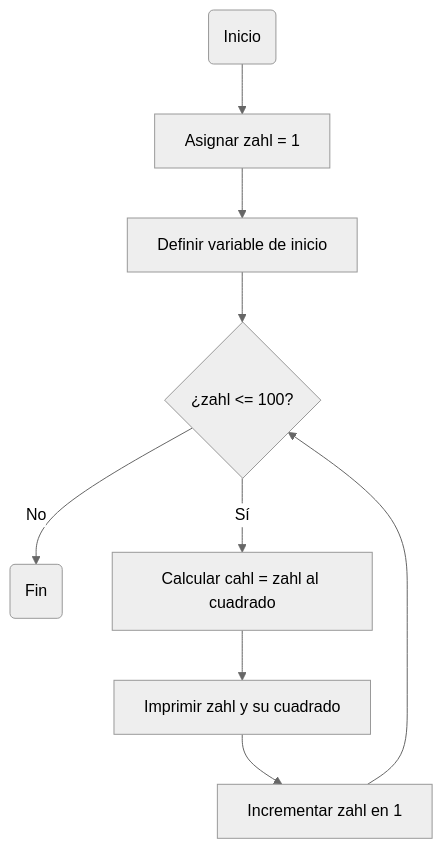
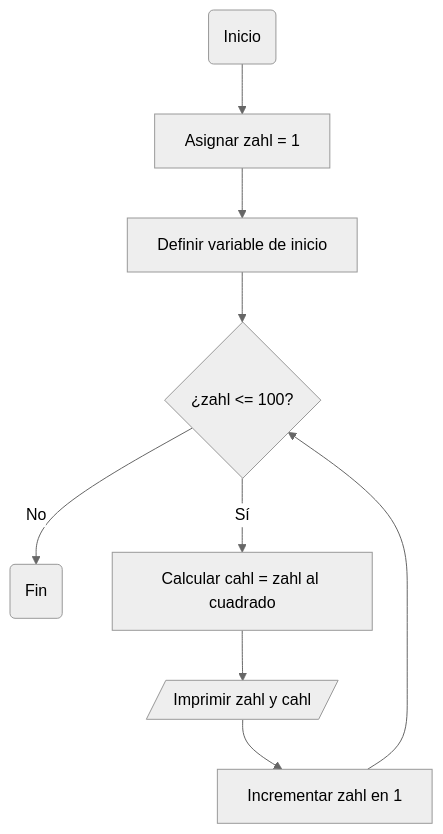
Before and after one commit to JesusGarnica8684/Reto_6: the first of 3 diagrams in README.md, drawn with Mermaid (neutral theme). The commit also changed other lines of this file, not shown here.

````diff
--- a/README.md
+++ b/README.md
@@ -7,15 +7,16 @@
 ```mermaid
 flowchart TD
     A["Inicio"] --> B["Asignar zahl = 1"]
     B --> C["Definir variable de inicio"]
     C --> D{"¿zahl &lt;= 100?"}
     D -- No --> H["Fin"]
     D -- Sí --> E["Calcular cahl = zahl al cuadrado"]
-    E --> F["Imprimir zahl y su cuadrado"]
+    E --> F["Imprimir zahl y cahl"]
     F --> G["Incrementar zahl en 1"]
     G --> D
 
     A@{ shape: rounded}
     H@{ shape: rounded}
+    F@{ shape: in-out}
     G@{ shape: rect}
 ```
````
